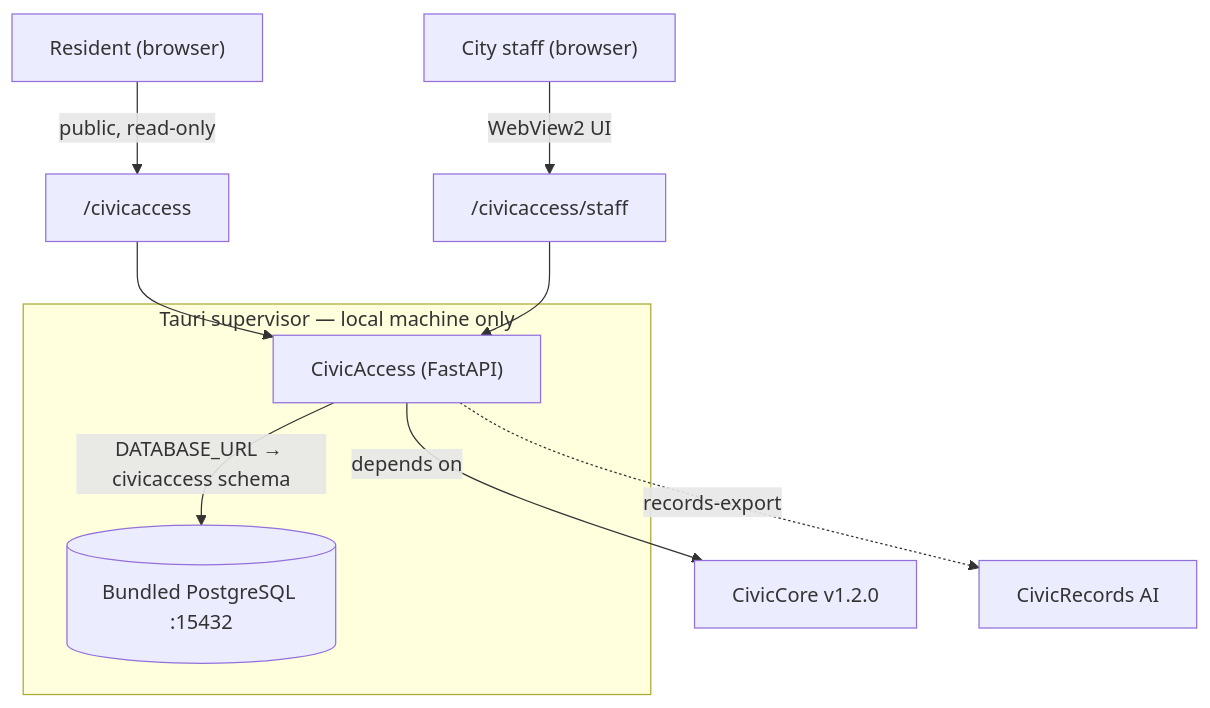
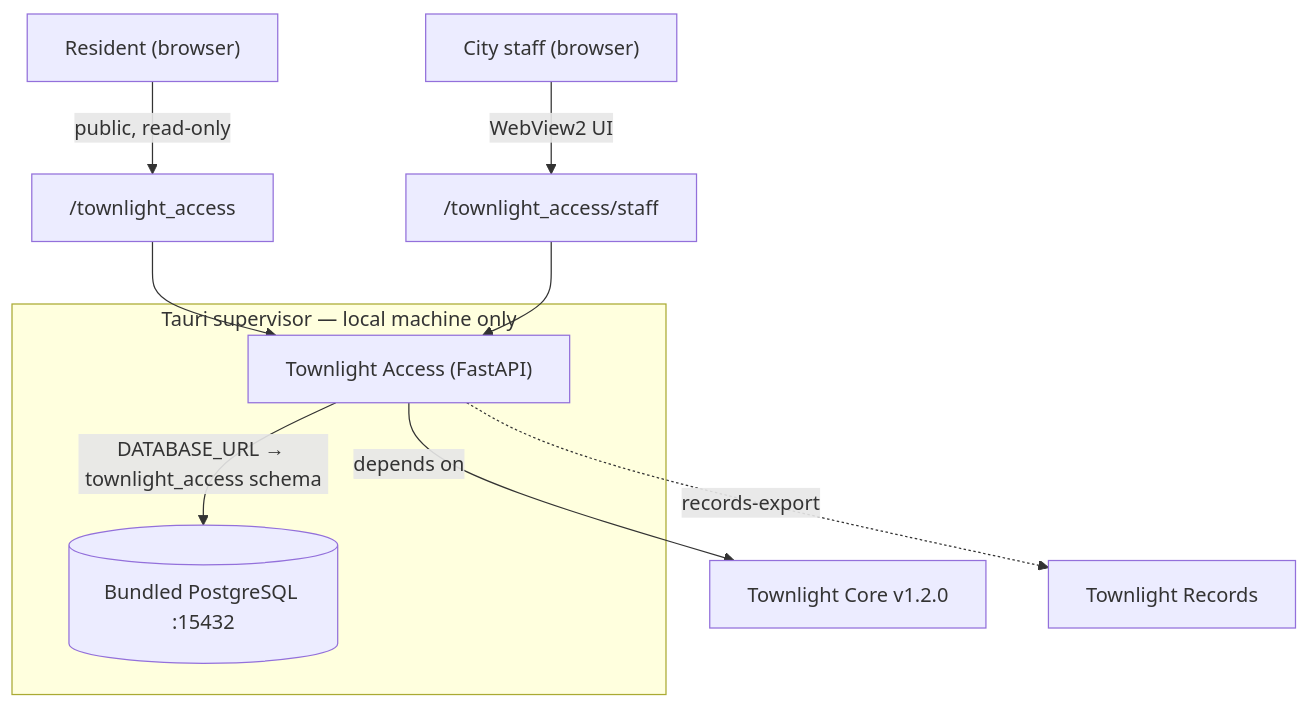
The diagram in docs/github-discussions-seed.md (townlight/access), drawn with Mermaid before and after one commit. The commit also changed other lines of this file and 47 other files, not shown here.

````diff
--- a/docs/github-discussions-seed.md
+++ b/docs/github-discussions-seed.md
@@ -39,14 +39,14 @@
 ```mermaid
 flowchart TB
-  Resident["Resident (browser)"] -->|"public, read-only"| Pub["/civicaccess"]
-  Staff["City staff (browser)"] -->|"WebView2 UI"| StaffUI["/civicaccess/staff"]
+  Resident["Resident (browser)"] -->|"public, read-only"| Pub["/townlight_access"]
+  Staff["City staff (browser)"] -->|"WebView2 UI"| StaffUI["/townlight_access/staff"]
   subgraph Sup["Tauri supervisor — local machine only"]
-    CA["CivicAccess (FastAPI)"]
+    CA["Townlight Access (FastAPI)"]
     PG[("Bundled PostgreSQL :15432")]
   end
   Pub --> CA
   StaffUI --> CA
-  CA -->|"DATABASE_URL → civicaccess schema"| PG
-  CA -->|"depends on"| Core["CivicCore v1.2.0"]
-  CA -. records-export .-> Records["CivicRecords AI"]
+  CA -->|"DATABASE_URL → townlight_access schema"| PG
+  CA -->|"depends on"| Core["Townlight Core v1.2.0"]
+  CA -. records-export .-> Records["Townlight Records"]
 ```
````
